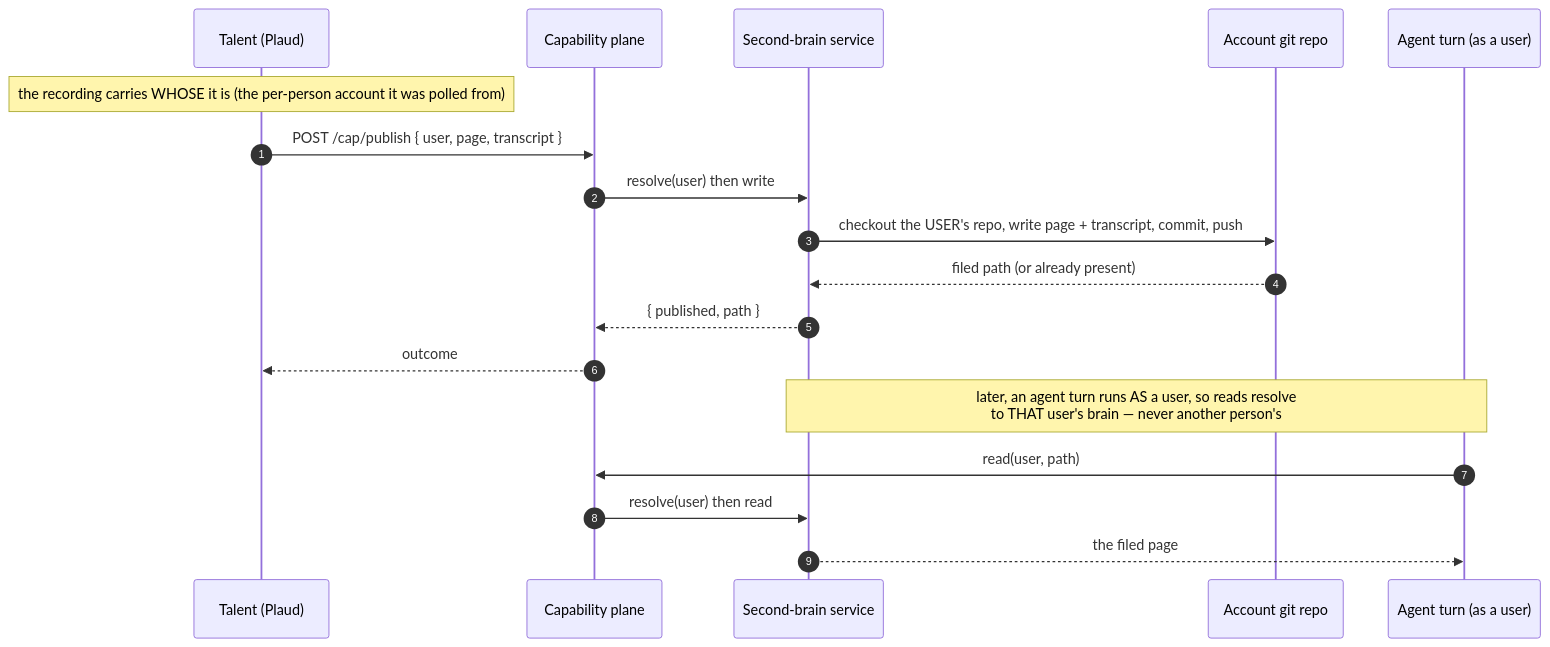
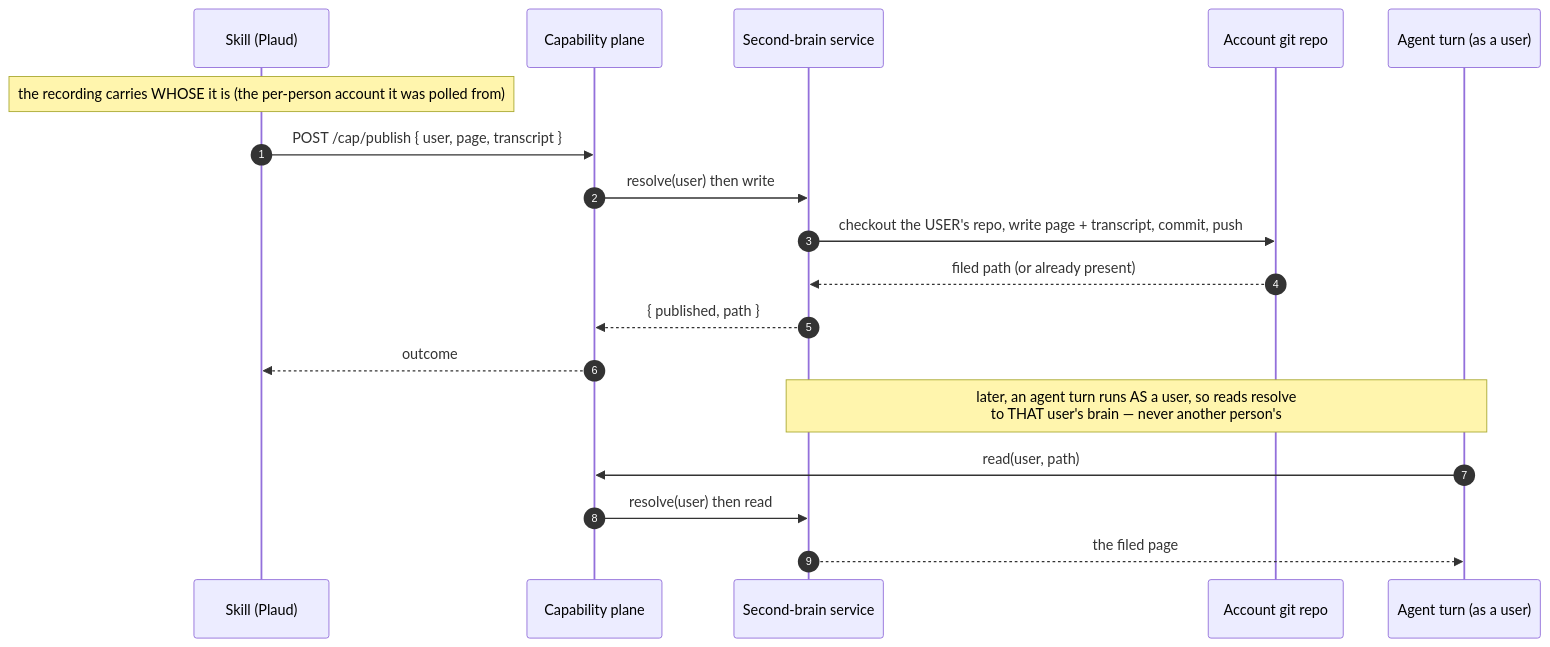
Before and after one commit to rodnavarro/tonoman: the diagram in docs/features/second-brain.md, drawn with Mermaid. The commit also changed other lines of this file and 128 other files, not shown here.

````diff
--- a/docs/features/second-brain.md
+++ b/docs/features/second-brain.md
@@ -32,21 +32,21 @@
 ```mermaid
 sequenceDiagram
     autonumber
-    participant T as Talent (Plaud)
+    participant T as Skill (Plaud)
     participant Plane as Capability plane
     participant SB as Second-brain service
     participant Repo as Account git repo
     participant Ag as Agent turn (as a user)
 
     Note over T: the recording carries WHOSE it is (the per-person account it was polled from)
     T->>Plane: POST /cap/publish { user, page, transcript }
     Plane->>SB: resolve(user) then write
     SB->>Repo: checkout the USER's repo, write page + transcript, commit, push
     Repo-->>SB: filed path (or already present)
     SB-->>Plane: { published, path }
     Plane-->>T: outcome
     Note over Ag,SB: later, an agent turn runs AS a user, so reads resolve<br/>to THAT user's brain — never another person's
     Ag->>Plane: read(user, path)
     Plane->>SB: resolve(user) then read
     SB-->>Ag: the filed page
 ```
````
